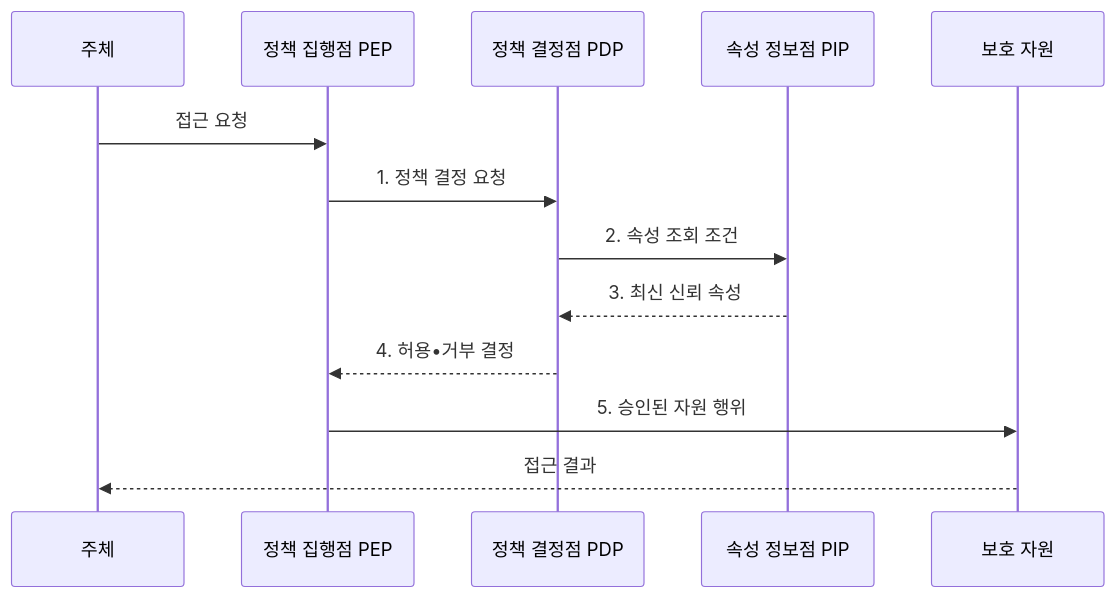
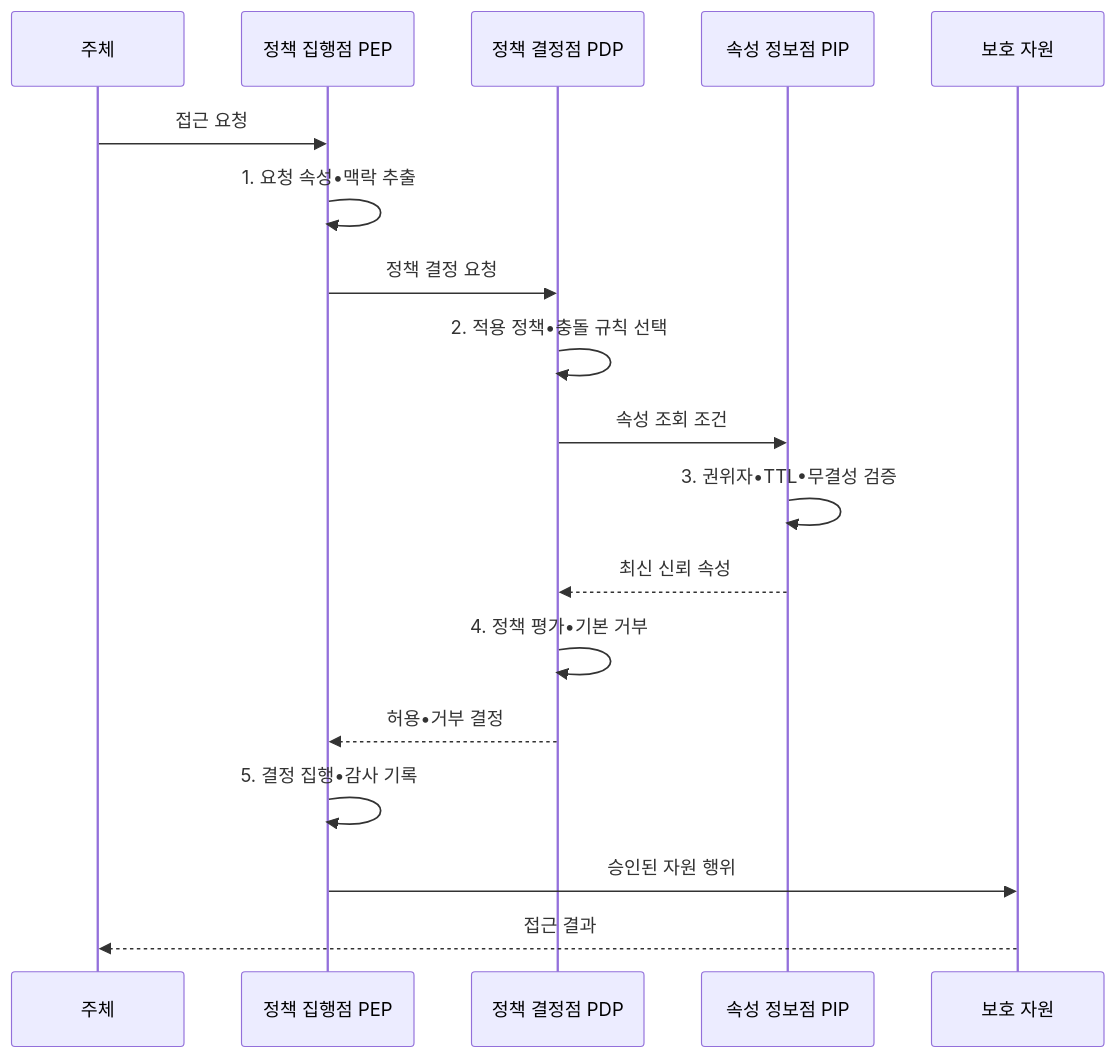
The second of 2 diagrams in src/content/docs/notes/05-security/060_abac.md (agnusdei1207/knowledge-base), drawn with Mermaid before and after one commit. The commit also changed other lines of this file and 19 other files, not shown here.

````diff
--- a/src/content/docs/notes/05-security/060_abac.md
+++ b/src/content/docs/notes/05-security/060_abac.md
@@ -104,15 +104,20 @@
 ```mermaid
 sequenceDiagram
     participant S as 주체
     participant E as 정책 집행점 PEP
     participant D as 정책 결정점 PDP
     participant I as 속성 정보점 PIP
     participant R as 보호 자원
     S->>E: 접근 요청
-    E->>D: 1. 정책 결정 요청
-    D->>I: 2. 속성 조회 조건
-    I-->>D: 3. 최신 신뢰 속성
-    D-->>E: 4. 허용•거부 결정
-    E->>R: 5. 승인된 자원 행위
+    E->>E: 1. 요청 속성•맥락 추출
+    E->>D: 정책 결정 요청
+    D->>D: 2. 적용 정책•충돌 규칙 선택
+    D->>I: 속성 조회 조건
+    I->>I: 3. 권위자•TTL•무결성 검증
+    I-->>D: 최신 신뢰 속성
+    D->>D: 4. 정책 평가•기본 거부
+    D-->>E: 허용•거부 결정
+    E->>E: 5. 결정 집행•감사 기록
+    E->>R: 승인된 자원 행위
     R-->>S: 접근 결과
 ```
````
